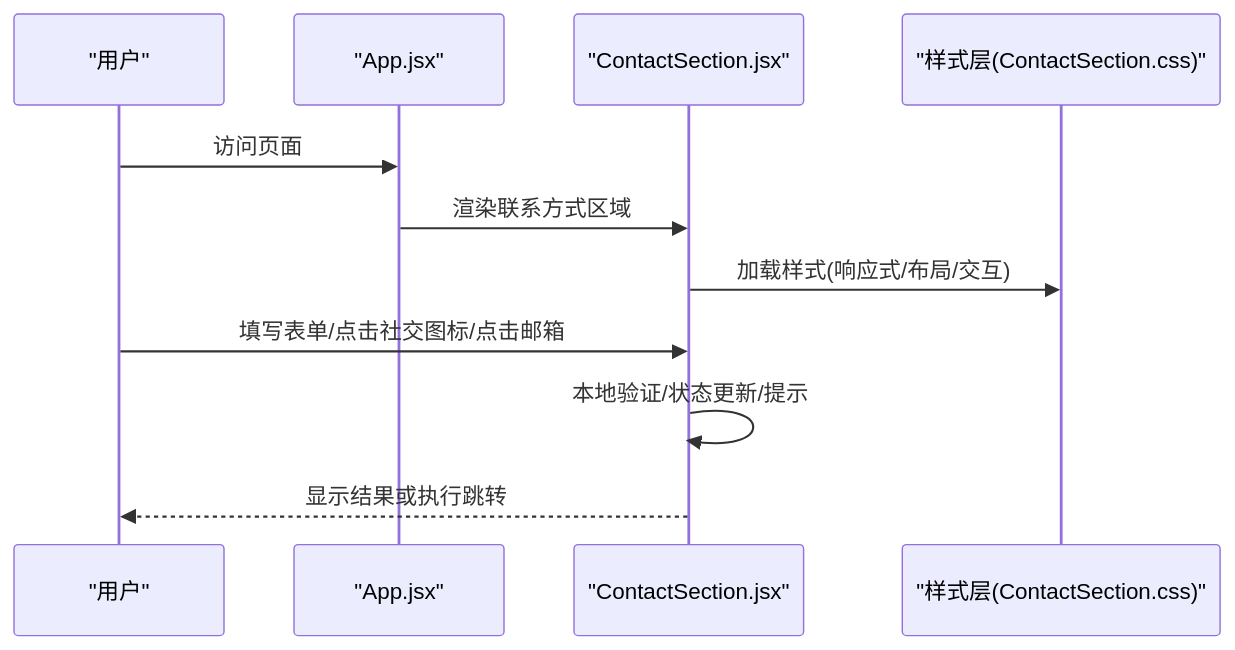
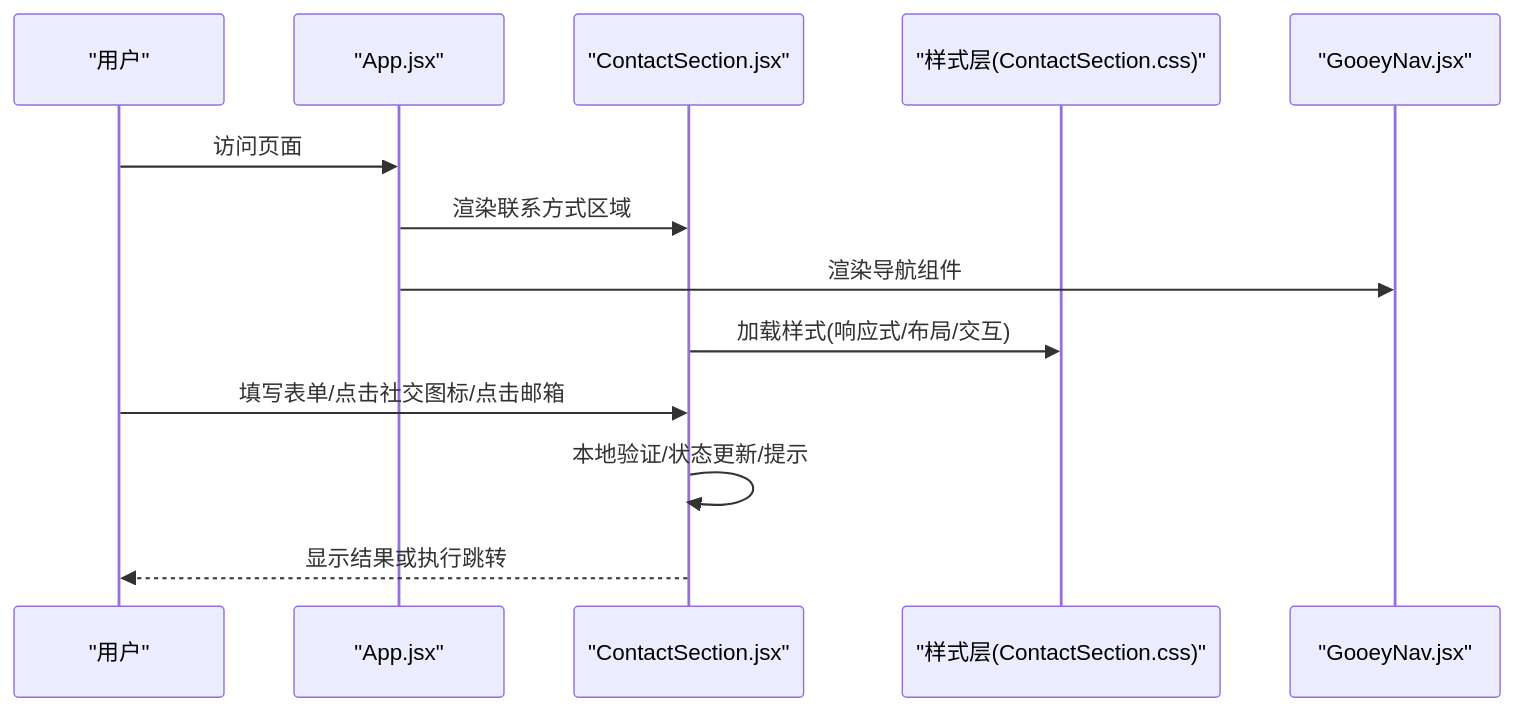
Before and after one commit to lithos666/lithos666.github.io: the second of 4 diagrams in .qoder/repowiki/zh/content/核心功能模块/联系方式组件.md, drawn with Mermaid. The commit also changed other lines of this file and 30 other files, not shown here.

````diff
--- a/.qoder/repowiki/zh/content/核心功能模块/联系方式组件.md
+++ b/.qoder/repowiki/zh/content/核心功能模块/联系方式组件.md
@@ -62,13 +82,15 @@
 ```mermaid
 sequenceDiagram
 participant U as "用户"
 participant A as "App.jsx"
 participant C as "ContactSection.jsx"
 participant S as "样式层(ContactSection.css)"
+participant N as "GooeyNav.jsx"
 U->>A : 访问页面
 A->>C : 渲染联系方式区域
+A->>N : 渲染导航组件
 C->>S : 加载样式(响应式/布局/交互)
 U->>C : 填写表单/点击社交图标/点击邮箱
 C->>C : 本地验证/状态更新/提示
 C-->>U : 显示结果或执行跳转
 ```
````
